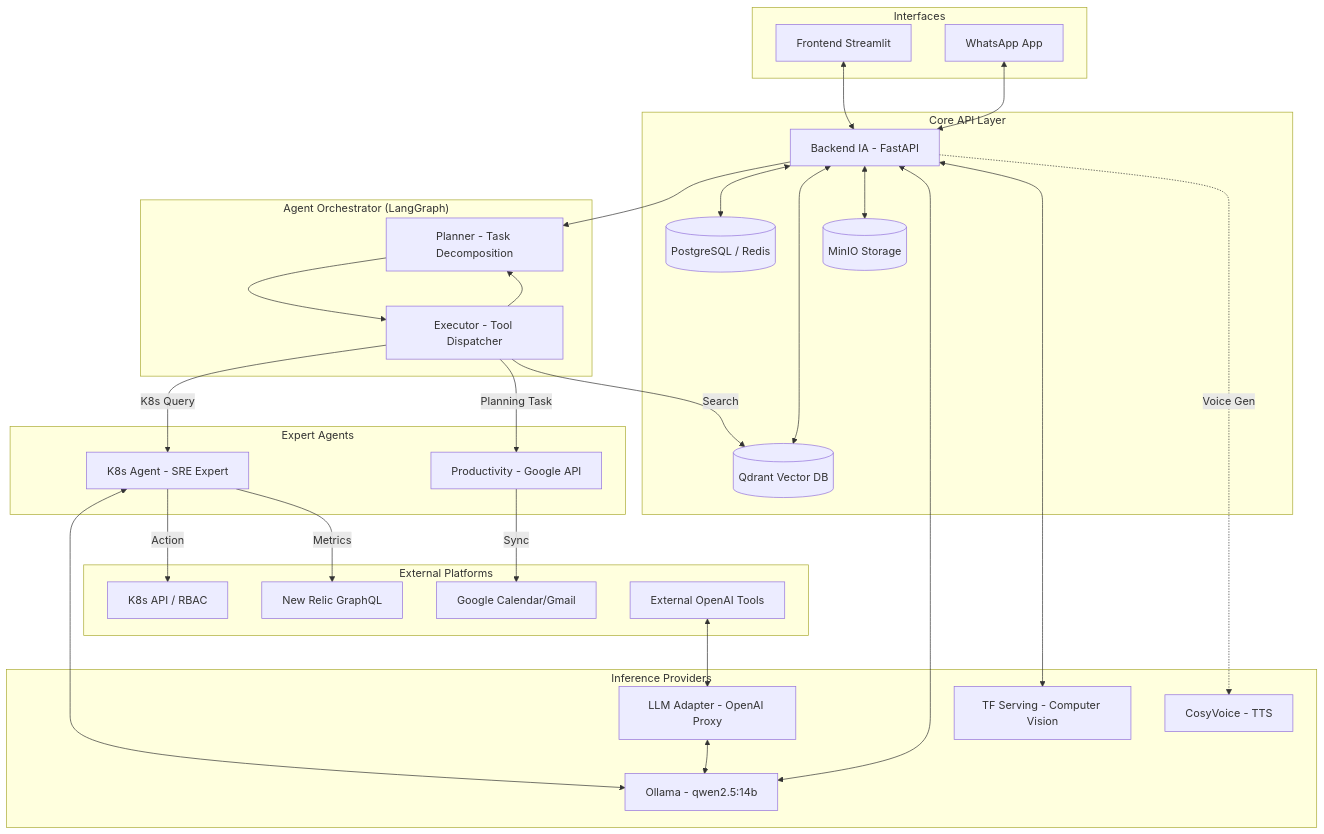
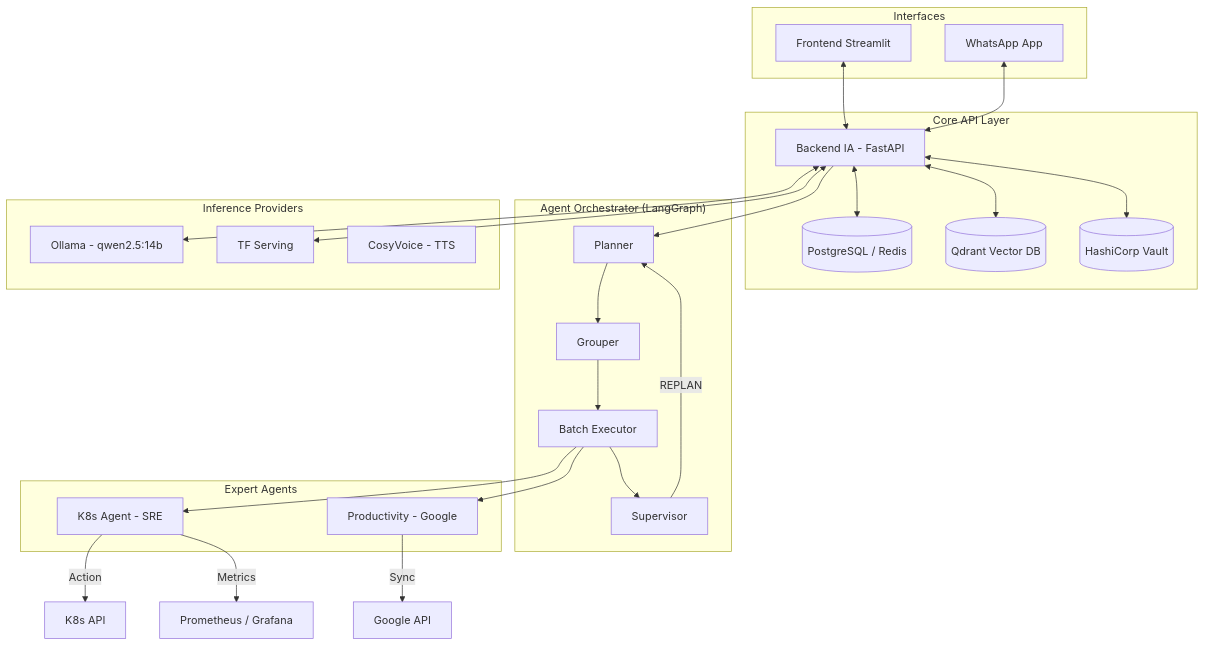
One commit to ricardogs26/amael-ia changed the diagram in README.md. Above: the diagram before and after it, drawn with Mermaid. The commit also changed other lines of this file and 38 other files, not shown here.

Commit message:
docs: sync architecture from CLAUDE.md, update whatsapp-bridge to v1.2.4, and sanitize secrets

````diff
--- a/README.md
+++ b/README.md
@@ -88,53 +49,42 @@
 ```mermaid
 graph TD
     subgraph "Interfaces"
         UI[Frontend Streamlit]
         WA[WhatsApp App]
     end
 
     subgraph "Core API Layer"
         BE[Backend IA - FastAPI]
         DB[(PostgreSQL / Redis)]
         VS[(Qdrant Vector DB)]
-        OBJ[(MinIO Storage)]
+        VA[(HashiCorp Vault)]
+    end
+
+    subgraph "Agent Orchestrator (LangGraph)"
+        BE --> PLAN[Planner]
+        PLAN --> GRP[Grouper]
+        GRP --> EXEC[Batch Executor]
+        EXEC --> SUP[Supervisor]
+        SUP -- REPLAN --> PLAN
     end
 
     subgraph "Expert Agents"
-        K8S[K8s Agent - SRE Expert]
-        PROD[Productivity - Google API]
+        K8S[K8s Agent - SRE]
+        PROD[Productivity - Google]
     end
 
     subgraph "Inference Providers"
         OL[Ollama - qwen2.5:14b]
-        TF[TF Serving - Computer Vision]
+        TF[TF Serving]
         CV[CosyVoice - TTS]
-        LA[LLM Adapter - OpenAI Proxy]
-    end
-
-    subgraph "External Platforms"
-        KUBE[K8s API / RBAC]
-        NR[New Relic GraphQL]
-        GAPI[Google Calendar/Gmail]
-        EXT[External OpenAI Tools]
     end
 
     %% Connectivity
     UI & WA <--> BE
-    subgraph "Agent Orchestrator (LangGraph)"
-        BE --> PLAN[Planner - Task Decomposition]
-        PLAN --> EXEC[Executor - Tool Dispatcher]
-        EXEC --> PLAN
-    end
-    BE <--> DB & VS & OBJ
+    BE <--> DB & VS & VA
     BE <--> OL & TF
-    EXEC -->|K8s Query| K8S
-    EXEC -->|Planning Task| PROD
-    EXEC -->|Search| VS
-    BE -.->|Voice Gen| CV
-    K8S <--> OL
-    K8S -->|Action| KUBE
-    K8S -->|Metrics| NR
-    PROD -->|Sync| GAPI
-    EXT <--> LA
-    LA <--> OL
+    EXEC --> K8S & PROD
+    K8S -->|Action| KUBE[K8s API]
+    K8S -->|Metrics| PROM[Prometheus / Grafana]
+    PROD -->|Sync| GAPI[Google API]
 ```
````
